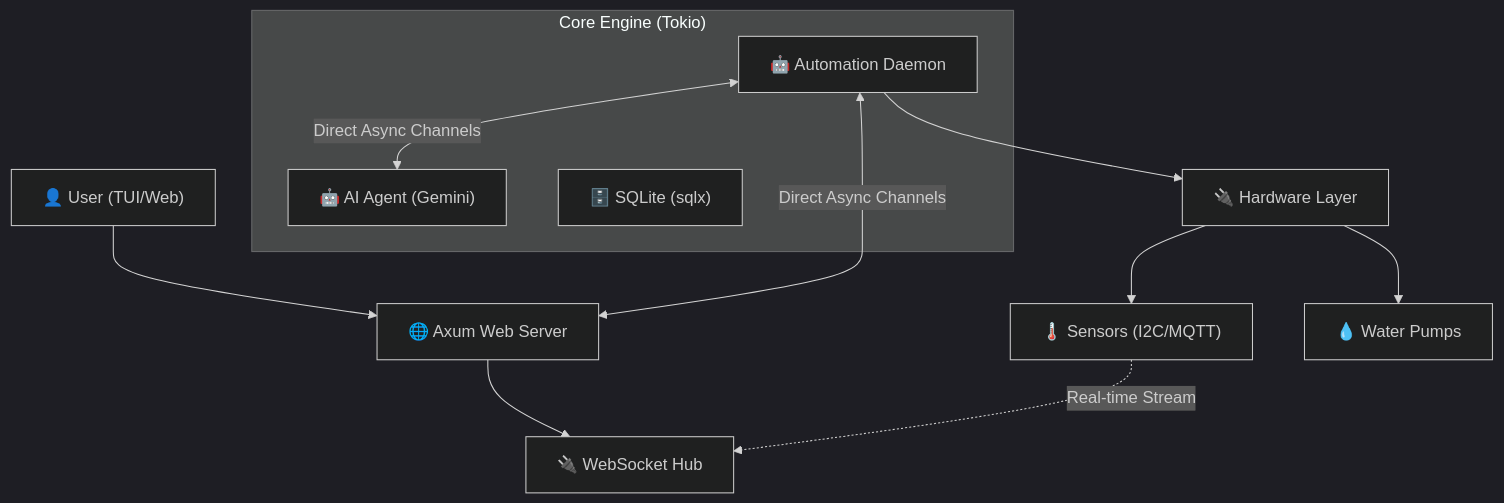
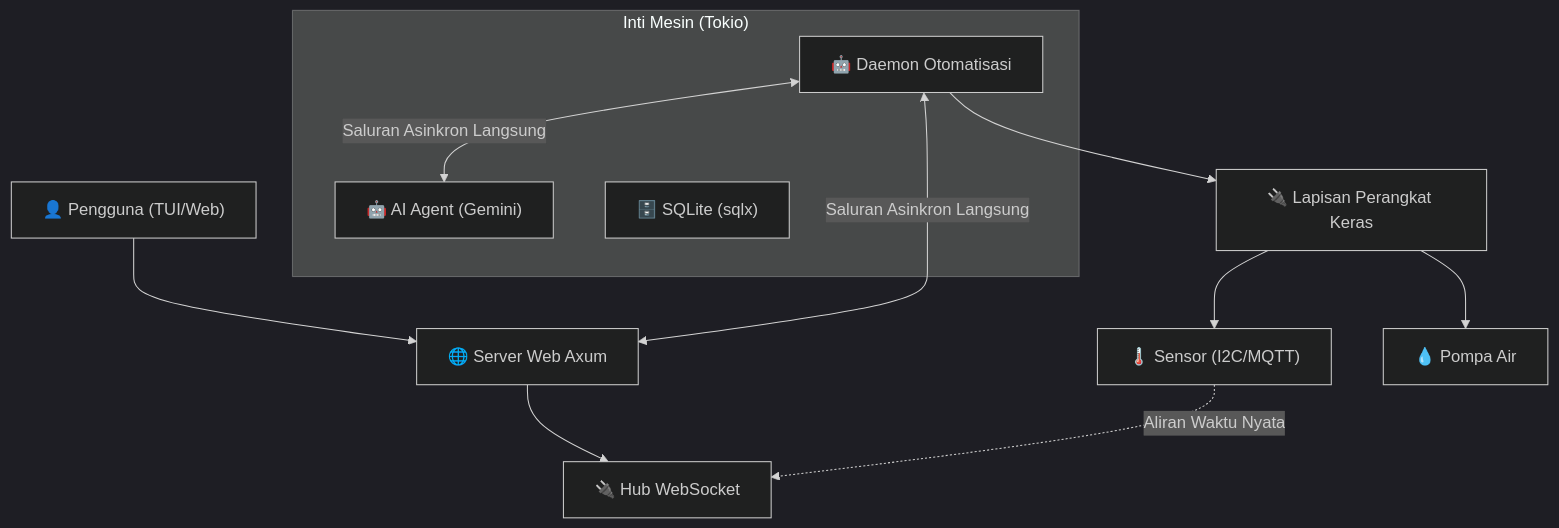
Before and after one commit to Falzz1010/Agro-cli: the diagram in ARCHITECTURE.md, drawn with Mermaid (dark theme). The commit also changed other lines of this file and 36 other files, not shown here.

````diff
--- a/ARCHITECTURE.md
+++ b/ARCHITECTURE.md
@@ -7,20 +7,20 @@
 ```mermaid
 graph TD
-    User["👤 User (TUI/Web)"] --> Hub["🌐 Axum Web Server"]
-    Hub --> WS["🔌 WebSocket Hub"]
+    User["👤 Pengguna (TUI/Web)"] --> Hub["🌐 Server Web Axum"]
+    Hub --> WS["🔌 Hub WebSocket"]
     
-    subgraph "Core Engine (Tokio)"
-        Daemon["🤖 Automation Daemon"]
+    subgraph "Inti Mesin (Tokio)"
+        Daemon["🤖 Daemon Otomatisasi"]
         AI["🤖 AI Agent (Gemini)"]
         DB["🗄️ SQLite (sqlx)"]
     end
     
-    Daemon <--> |Direct Async Channels| AI
-    Daemon <--> |Direct Async Channels| Hub
+    Daemon <--> |Saluran Asinkron Langsung| AI
+    Daemon <--> |Saluran Asinkron Langsung| Hub
     
-    Daemon --> HW["🔌 Hardware Layer"]
-    HW --> Sensors["🌡️ Sensors (I2C/MQTT)"]
-    HW --> Actuators["💧 Water Pumps"]
+    Daemon --> HW["🔌 Lapisan Perangkat Keras"]
+    HW --> Sensors["🌡️ Sensor (I2C/MQTT)"]
+    HW --> Actuators["💧 Pompa Air"]
     
-    Sensors -.-> |Real-time Stream| WS
+    Sensors -.-> |Aliran Waktu Nyata| WS
 ```
````
